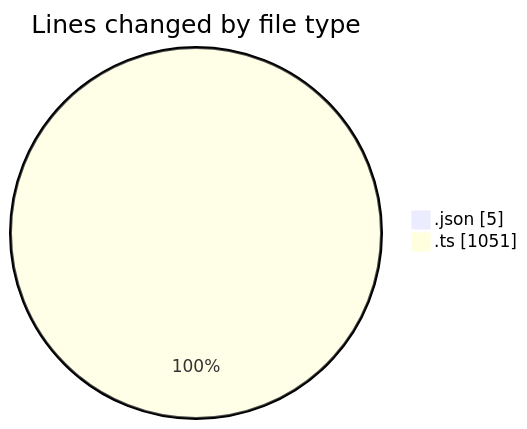
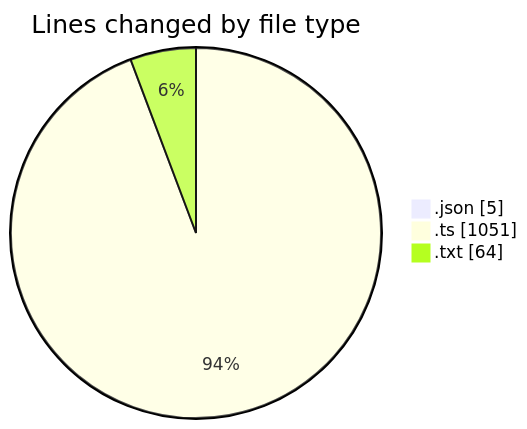
Before and after one commit to CELIANVF/code-tracking: the first of 2 diagrams in 2025-05-27/ecodeli-1/README.md, drawn with Mermaid. The commit also changed other lines of this file and 1 other file, not shown here.

````diff
--- a/2025-05-27/ecodeli-1/README.md
+++ b/2025-05-27/ecodeli-1/README.md
@@ -21,6 +22,7 @@
 ```mermaid
 pie showData
 title Lines changed by file type
 ".json" : 5
 ".ts" : 1051
+".txt" : 64
 ```
````
